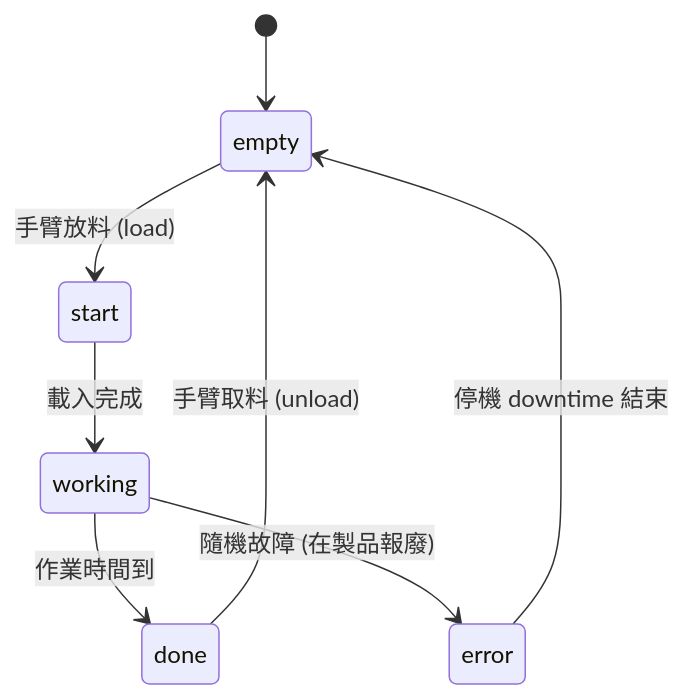
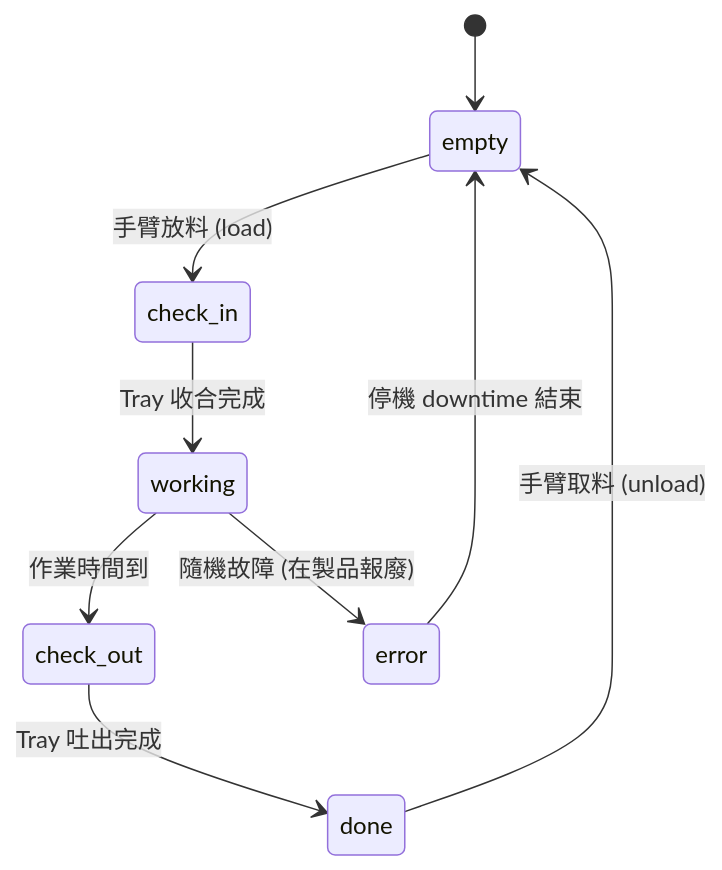
One commit to tsuhaoyang/isaac_sim_data_simulator changed the second of 2 diagrams in README.md. Above: the diagram before and after it, drawn with Mermaid. The commit also changed other lines of this file and 15 other files, not shown here.

First line of the commit message:
feat(machine): add check_in / check_out tray states

````diff
--- a/README.md
+++ b/README.md
@@ -48,10 +48,11 @@
 ```mermaid
 stateDiagram-v2
     [*] --> empty
-    empty --> start: 手臂放料 (load)
-    start --> working: 載入完成
-    working --> done: 作業時間到
+    empty --> check_in: 手臂放料 (load)
+    check_in --> working: Tray 收合完成
+    working --> check_out: 作業時間到
     working --> error: 隨機故障 (在製品報廢)
+    check_out --> done: Tray 吐出完成
     done --> empty: 手臂取料 (unload)
     error --> empty: 停機 downtime 結束
 ```
````
